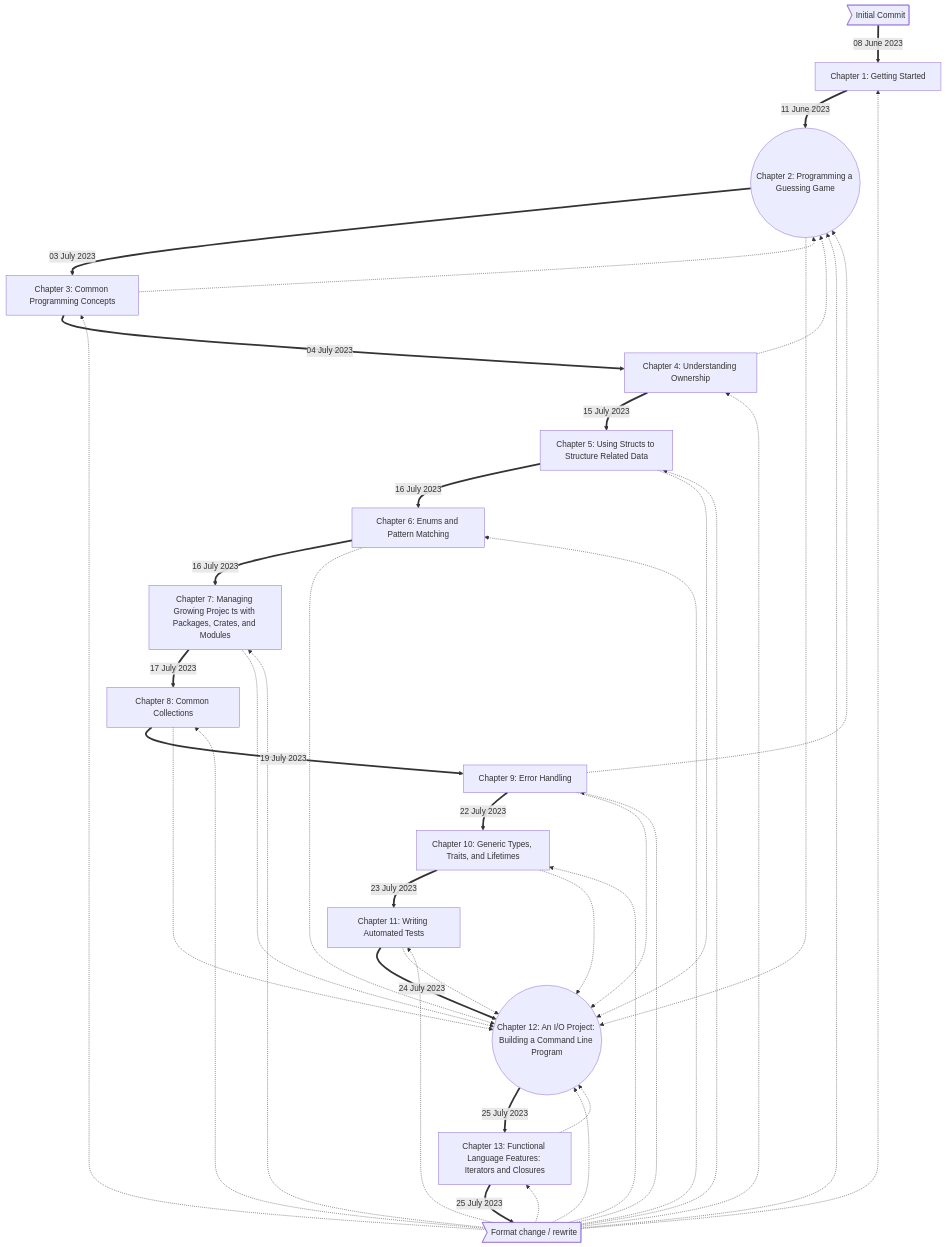
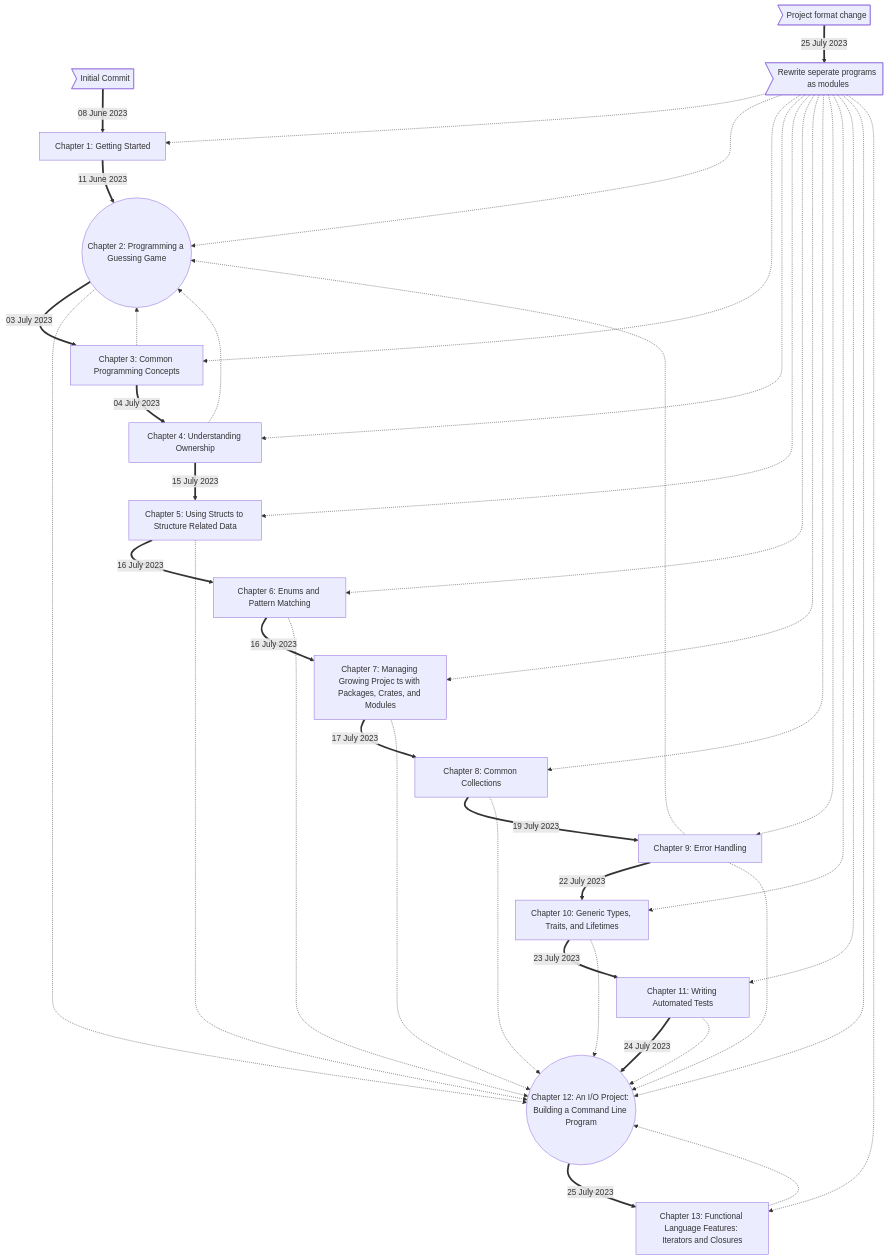
One commit to c4collins/the-rust-programming-language-rust-2021 changed the diagram in README.md. Above: the diagram before and after it, drawn with Mermaid.

````diff
--- a/README.md
+++ b/README.md
@@ -19,50 +19,50 @@
 ```mermaid 
 flowchart TD
     0> Initial Commit ] == 08 June 2023 ==> 1[Chapter 1: Getting Started]
     1 == 11 June 2023 ==> 2((Chapter 2: Programming a Guessing Game))
 
     2 == 03 July 2023 ==> 3[Chapter 3: Common Programming Concepts]
     3 -.-> 2
 
     3 == 04 July 2023 ==> 4[Chapter 4: Understanding Ownership]
     4 -.-> 2
 
     4 == 15 July 2023 ==> 5[Chapter 5: Using Structs to Structure Related Data]
     5 == 16 July 2023 ==> 6[Chapter 6: Enums and Pattern Matching]
     6 == 16 July 2023 ==> 7[Chapter 7: Managing Growing Projec ts with Packages, Crates, and Modules]
     7 == 17 July 2023 ==> 8[Chapter 8: Common Collections]
     8 == 19 July 2023 ==> 9[Chapter 9: Error Handling]
 
     9 == 22 July 2023 ==> 10[Chapter 10: Generic Types, Traits, and Lifetimes]
     9 -.-> 2
 
     10 == 23 July 2023 ==> 11[Chapter 11: Writing Automated Tests]
 
     11 == 24 July 2023 ==> 12((Chapter 12: An I/O Project: Building a Command Line Program))
     2 -.-> 12
     5 -.-> 12
     6 -.-> 12
     7 -.-> 12
     8 -.-> 12
     9 -.-> 12
     10 -.-> 12
     11 -.-> 12
 
-    13 == 25 July 2023 ==> 00> Format change / rewrite ]
-    00 -.-> 1
-    00 -.-> 2
-    00 -.-> 3
-    00 -.-> 4
-    00 -.-> 5
-    00 -.-> 6
-    00 -.-> 7
-    00 -.-> 8
-    00 -.-> 9
-    00 -.-> 10
-    00 -.-> 11
-    00 -.-> 12
-    00 -.-> 13
+    00> Project format change ] == 25 July 2023 ==> 000> Rewrite seperate programs as modules ]
+    000 -.-> 1
+    000 -.-> 2
+    000 -.-> 3
+    000 -.-> 4
+    000 -.-> 5
+    000 -.-> 6
+    000 -.-> 7
+    000 -.-> 8
+    000 -.-> 9
+    000 -.-> 10
+    000 -.-> 11
+    000 -.-> 12
+    000 -.-> 13
 
     12 == 25 July 2023 ==> 13[Chapter 13: Functional Language Features: Iterators and Closures]
     13 -.-> 12
 ```
````
